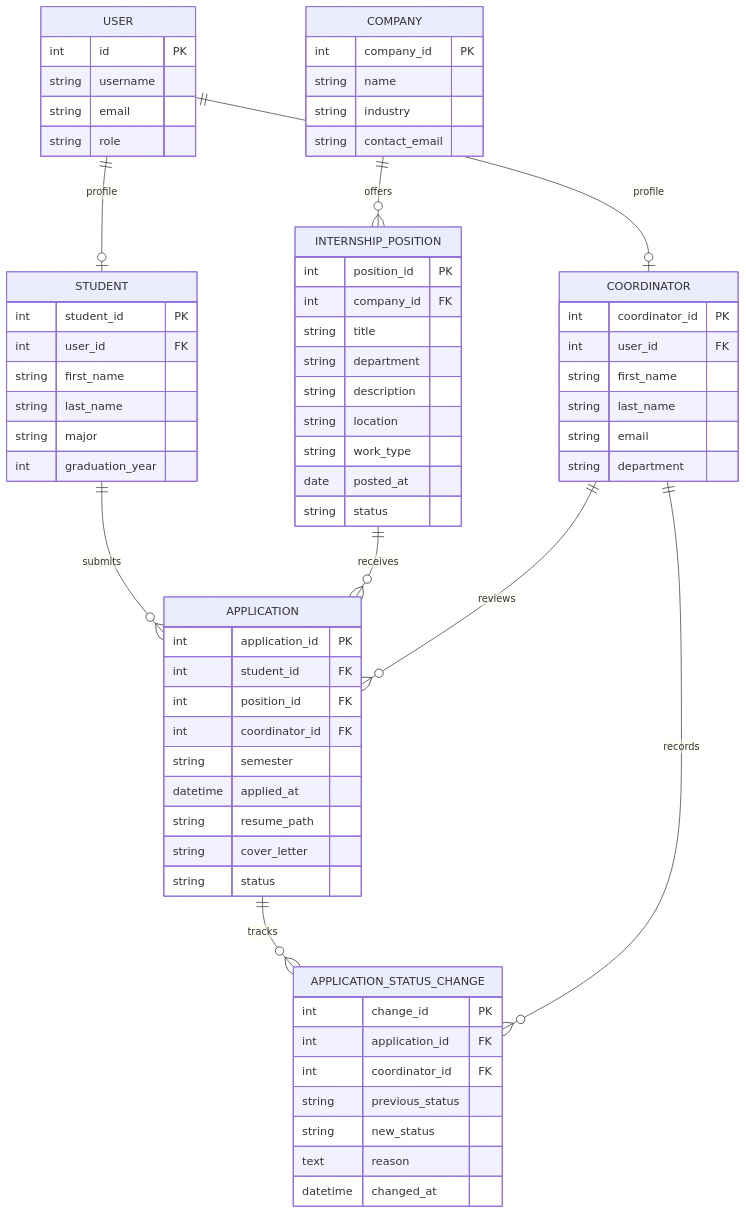
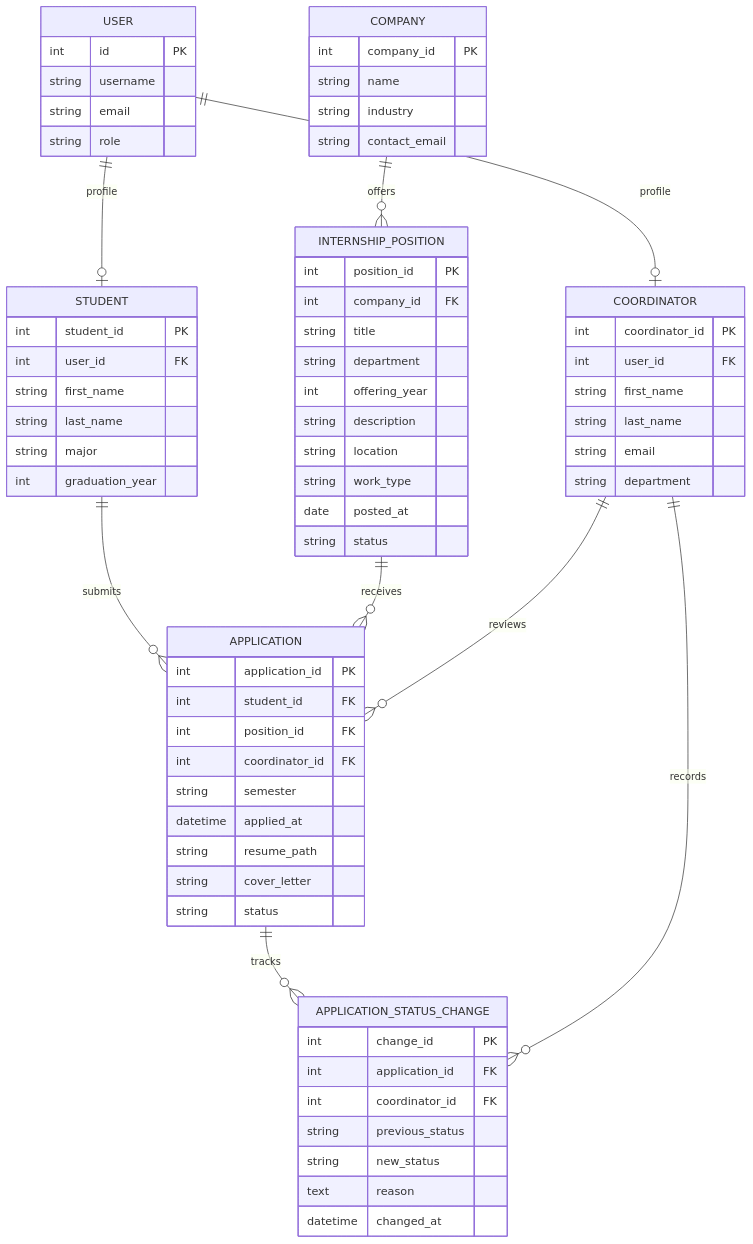
One commit to cris24TT/Comp3613A1 changed the diagram in docs/report.md. Above: the diagram before and after it, drawn with Mermaid. The commit also changed other lines of this file and 16 other files, not shown here.

````diff
--- a/docs/report.md
+++ b/docs/report.md
@@ -83,77 +84,78 @@
 ```mermaid
 erDiagram
     USER ||--o| STUDENT : profile
     USER ||--o| COORDINATOR : profile
     STUDENT ||--o{ APPLICATION : submits
     COMPANY ||--o{ INTERNSHIP_POSITION : offers
     INTERNSHIP_POSITION ||--o{ APPLICATION : receives
     COORDINATOR ||--o{ APPLICATION : reviews
     APPLICATION ||--o{ APPLICATION_STATUS_CHANGE : tracks
     COORDINATOR ||--o{ APPLICATION_STATUS_CHANGE : records
 
     USER {
       int id PK
       string username
       string email
       string role
     }
 
     STUDENT {
         int student_id PK
       int user_id FK
         string first_name
         string last_name
         string major
         int graduation_year
     }
 
     COMPANY {
         int company_id PK
         string name
         string industry
         string contact_email
     }
 
     INTERNSHIP_POSITION {
         int position_id PK
         int company_id FK
         string title
         string department
+      int offering_year
         string description
         string location
         string work_type
         date posted_at
         string status
     }
 
     COORDINATOR {
         int coordinator_id PK
       int user_id FK
         string first_name
         string last_name
         string email
         string department
     }
 
     APPLICATION {
         int application_id PK
         int student_id FK
         int position_id FK
         int coordinator_id FK
         string semester
         datetime applied_at
         string resume_path
         string cover_letter
         string status
     }
 
     APPLICATION_STATUS_CHANGE {
         int change_id PK
         int application_id FK
         int coordinator_id FK
         string previous_status
         string new_status
         text reason
         datetime changed_at
     }
 ```
````
